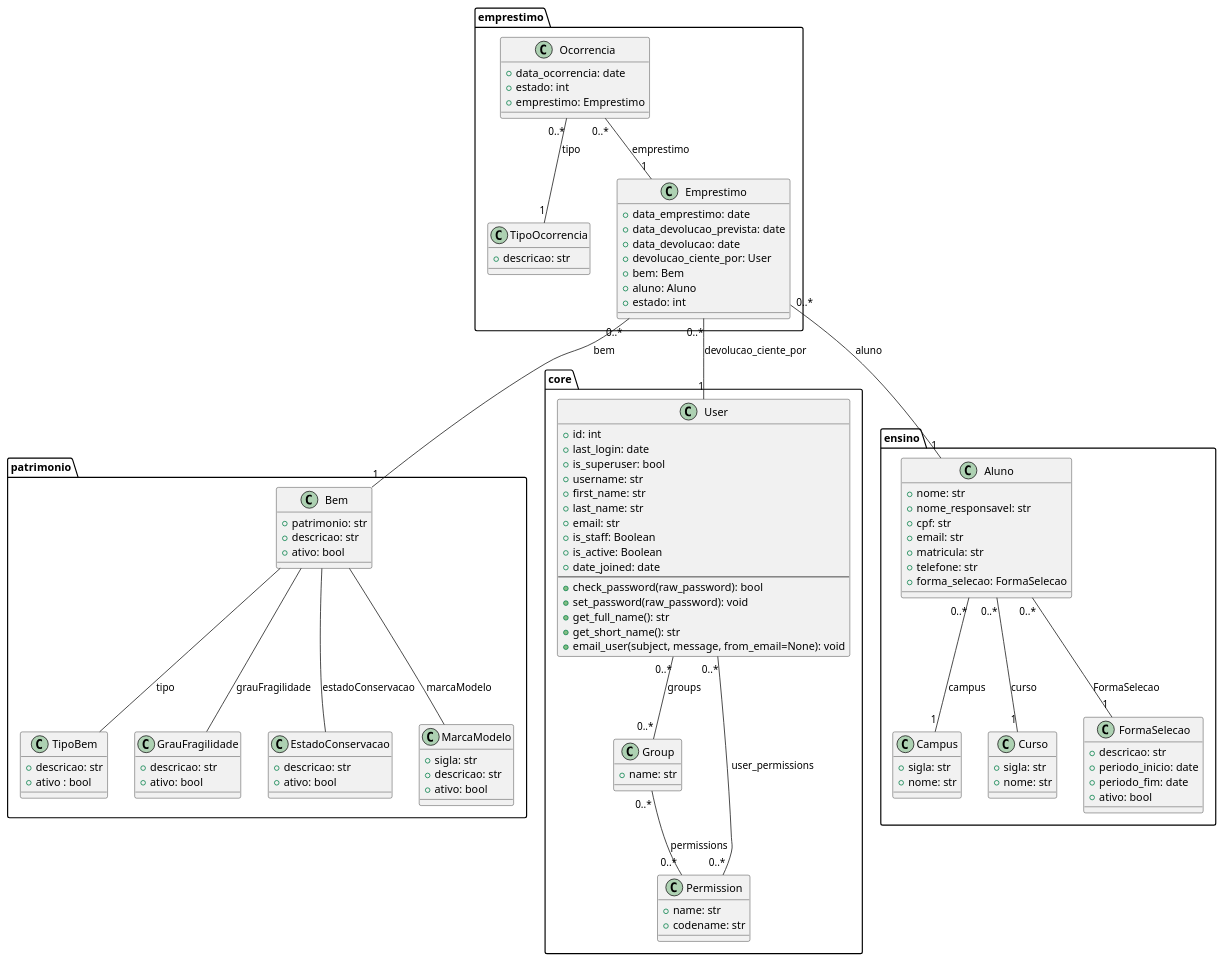
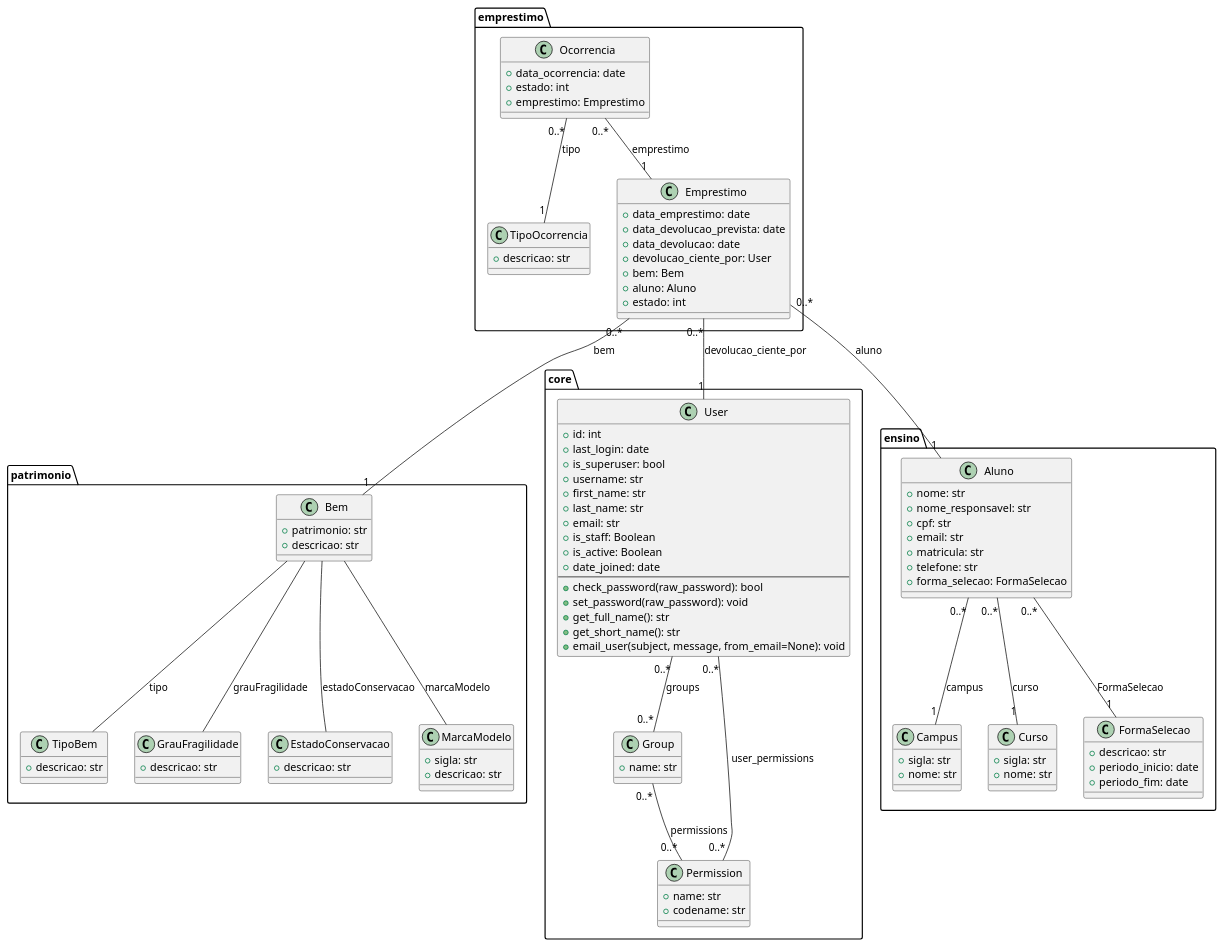
Before and after one commit to kavvata/sigemp: the diagram in plant-uml/class-diagram.puml, drawn with PlantUML.

Commit message:
docs(class): removido campo boleano `ativo`

```diff
--- a/plant-uml/class-diagram.puml
+++ b/plant-uml/class-diagram.puml
@@ -1,132 +1,126 @@
 @startuml classes
 
 package "patrimonio" {
     class TipoBem {
         +descricao: str
-        +ativo : bool
     }
 
     class GrauFragilidade {
         +descricao: str
-        +ativo: bool
     }
 
     class EstadoConservacao {
         +descricao: str
-        +ativo: bool
     }
 
     class MarcaModelo {
         +sigla: str
         +descricao: str
-        +ativo: bool
     }
 
     class Bem {
         +patrimonio: str
         +descricao: str
-        +ativo: bool
     }
 
     Bem -- TipoBem : "tipo"
     Bem -- GrauFragilidade : "grauFragilidade"
     Bem -- EstadoConservacao : "estadoConservacao"
     Bem -- MarcaModelo : "marcaModelo"
 }
 
 package "core" {
     class User {
         +id: int
         +last_login: date
         +is_superuser: bool
         +username: str
         +first_name: str
         +last_name: str
         +email: str
         +is_staff: Boolean
         +is_active: Boolean
         +date_joined: date
         --
         +check_password(raw_password): bool
         +set_password(raw_password): void
         +get_full_name(): str
         +get_short_name(): str
         +email_user(subject, message, from_email=None): void
     }
 
     class Group {
         +name: str
     }
 
     class Permission {
         +name: str
         +codename: str
     }
 
     User "0..*" -- "0..*" Group : "groups"
     User "0..*" -- "0..*" Permission : "user_permissions"
     Group "0..*" -- "0..*" Permission : "permissions"
 
 }
 
 package "ensino" {
     class Campus {
         +sigla: str
         +nome: str
     }
 
     class Curso {
         +sigla: str
         +nome: str
     }
 
     class FormaSelecao {
         +descricao: str
         +periodo_inicio: date
         +periodo_fim: date
-        +ativo: bool
     }
 
     class Aluno {
         +nome: str
         +nome_responsavel: str
         +cpf: str
         +email: str
         +matricula: str
         +telefone: str
         +forma_selecao: FormaSelecao
     }
 
     Aluno "0..*" -- "1" FormaSelecao : "FormaSelecao"
     Aluno "0..*" -- "1" Campus : "campus"
     Aluno "0..*" -- "1" Curso : "curso"
 }
 
 package "emprestimo" {
     class TipoOcorrencia {
         +descricao: str
     }
     class Ocorrencia {
         +data_ocorrencia: date
         +estado: int
         +emprestimo: Emprestimo
     }
     class Emprestimo {
         +data_emprestimo: date
         +data_devolucao_prevista: date
         +data_devolucao: date
         +devolucao_ciente_por: User
         +bem: Bem
         +aluno: Aluno
         +estado: int
     }
 
     Emprestimo "0..*" -- "1" User : "devolucao_ciente_por"
     Emprestimo "0..*" -- "1" Bem : "bem"
     Emprestimo "0..*" -- "1" Aluno : "aluno"
 
     Ocorrencia "0..*" -- "1" TipoOcorrencia : "tipo"
     Ocorrencia "0..*" -- "1" Emprestimo : "emprestimo"
 }
 
 @enduml
```
